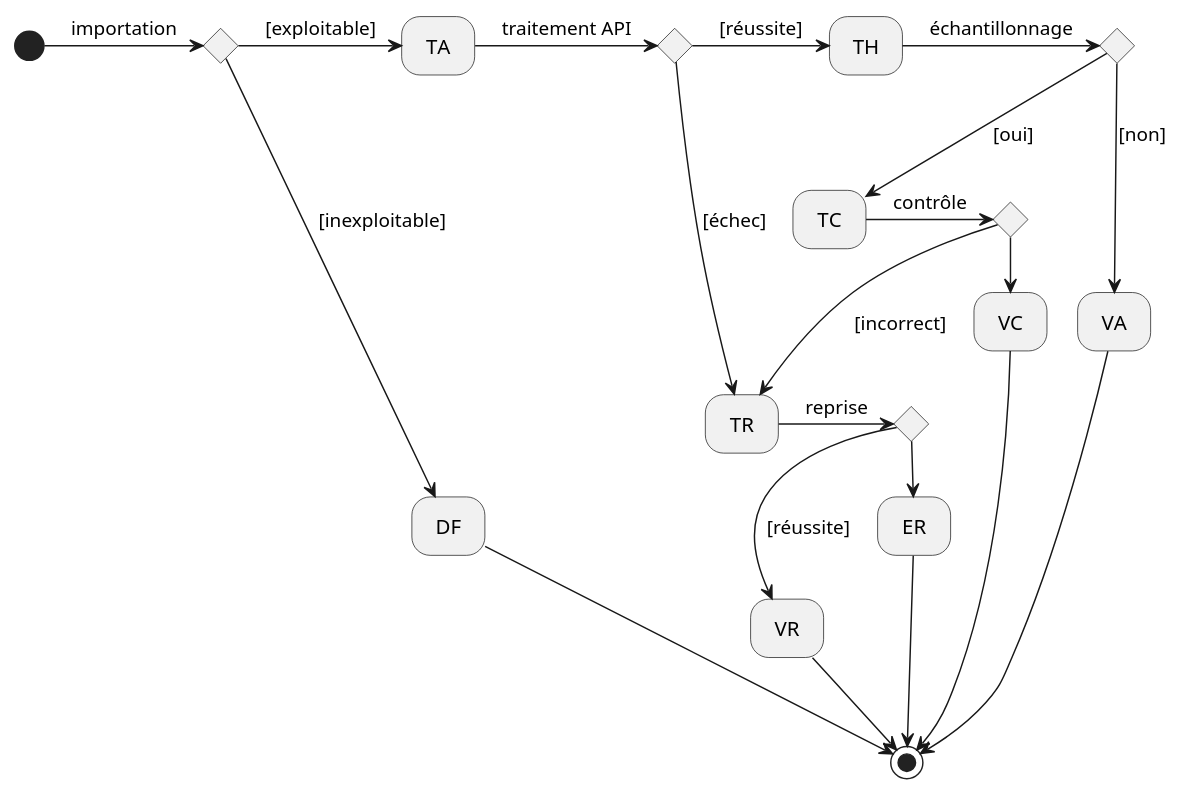
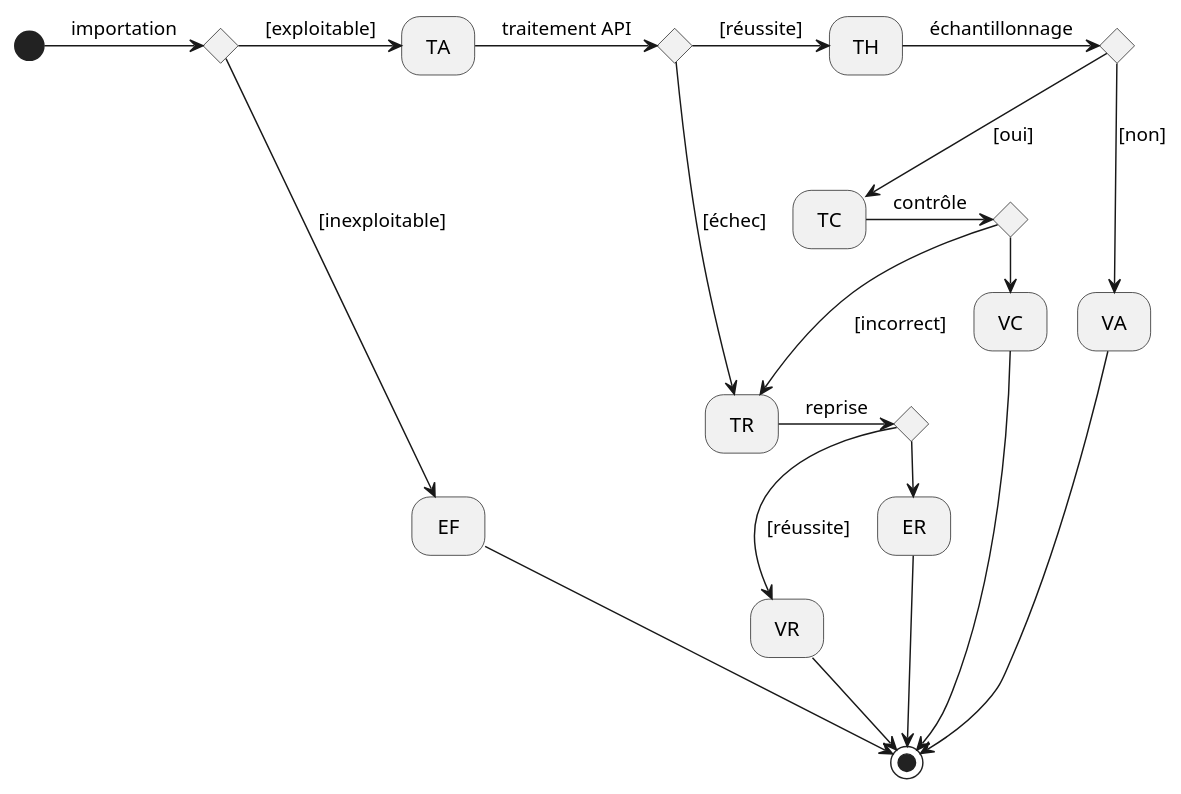
Before and after one commit to itsame-mcl/PSyCoQuAC: the diagram in uml/diag_etat_FA.puml, drawn with PlantUML. The commit also changed 1 other file, not shown here.

Commit message:
Diagramme de classes complet

```diff
--- a/uml/diag_etat_FA.puml
+++ b/uml/diag_etat_FA.puml
@@ -1,29 +1,29 @@
-@startuml
+@startuml "uml_etat"
 hide empty description
 state imp <<choice>>
 state api <<choice>>
 state ech <<choice>>
 state ctr <<choice>>
 state rep <<choice>>
 
 [*] -> imp : importation
 imp -> TA : [exploitable]
-imp --> DF : [inexploitable]
+imp --> EF : [inexploitable]
 TA -> api : traitement API
 api -> TH : [réussite]
 TH -> ech : échantillonnage
 api --> TR : [échec]
 ech --> VA : [non]
 ech --> TC : [oui]
 TC -> ctr : contrôle
 ctr --> TR : [incorrect]
 TR -> rep : reprise
 rep --> VR : [réussite]
 rep -> ER : [échec]
 ctr -> VC : [correct]
 VC --> [*]
 VA --> [*]
 VR --> [*]
 ER --> [*]
-DF --> [*]
+EF --> [*]
 @enduml
```
